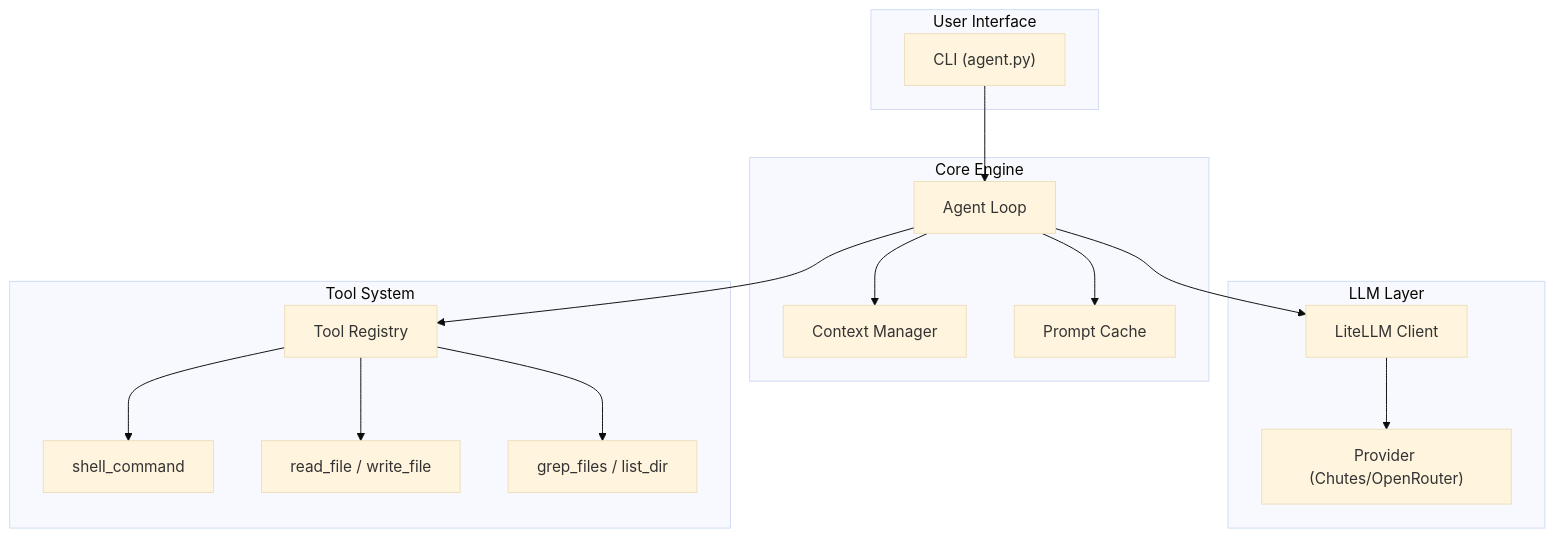
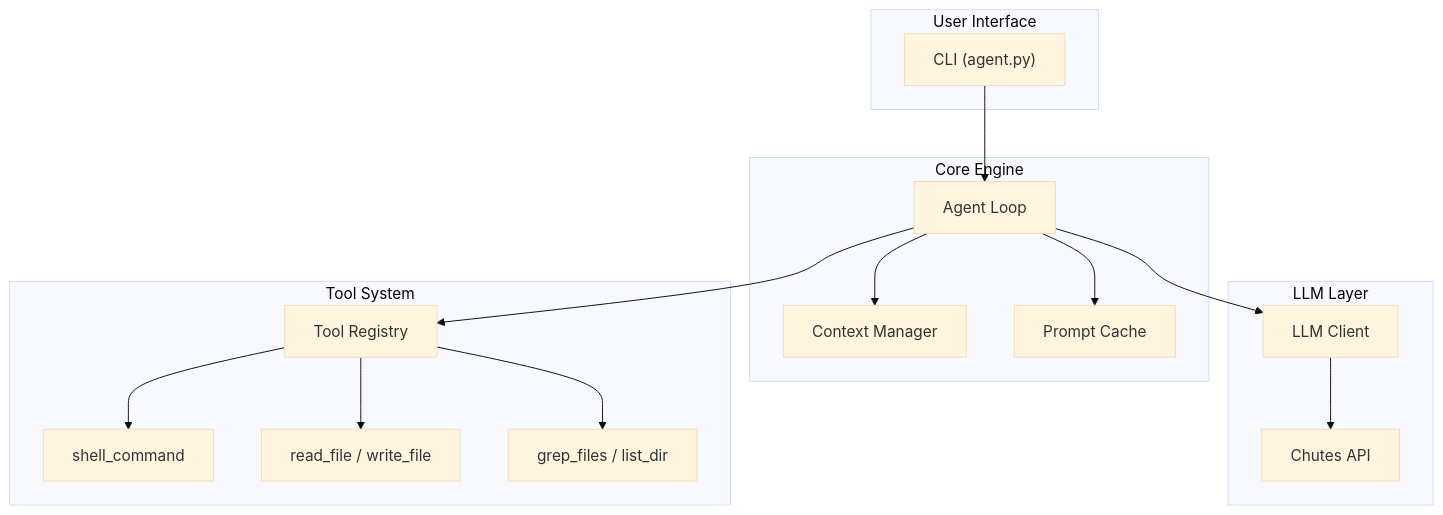
Before and after one commit to PlatformNetwork/baseagent: the diagram in docs/README.md, drawn with Mermaid (base theme). The commit also changed other lines of this file and 10 other files, not shown here.

````diff
--- a/docs/README.md
+++ b/docs/README.md
@@ -50,34 +50,34 @@
 ```mermaid
 graph TB
     subgraph User["User Interface"]
         CLI["CLI (agent.py)"]
     end
     
     subgraph Core["Core Engine"]
         Loop["Agent Loop"]
         Context["Context Manager"]
         Cache["Prompt Cache"]
     end
     
     subgraph LLM["LLM Layer"]
-        Client["LiteLLM Client"]
-        Provider["Provider (Chutes/OpenRouter)"]
+        Client["LLM Client"]
+        Provider["Chutes API"]
     end
     
     subgraph Tools["Tool System"]
         Registry["Tool Registry"]
         Shell["shell_command"]
         Files["read_file / write_file"]
         Search["grep_files / list_dir"]
     end
     
     CLI --> Loop
     Loop --> Context
     Loop --> Cache
     Loop --> Client
     Client --> Provider
     Loop --> Registry
     Registry --> Shell
     Registry --> Files
     Registry --> Search
 ```
````
